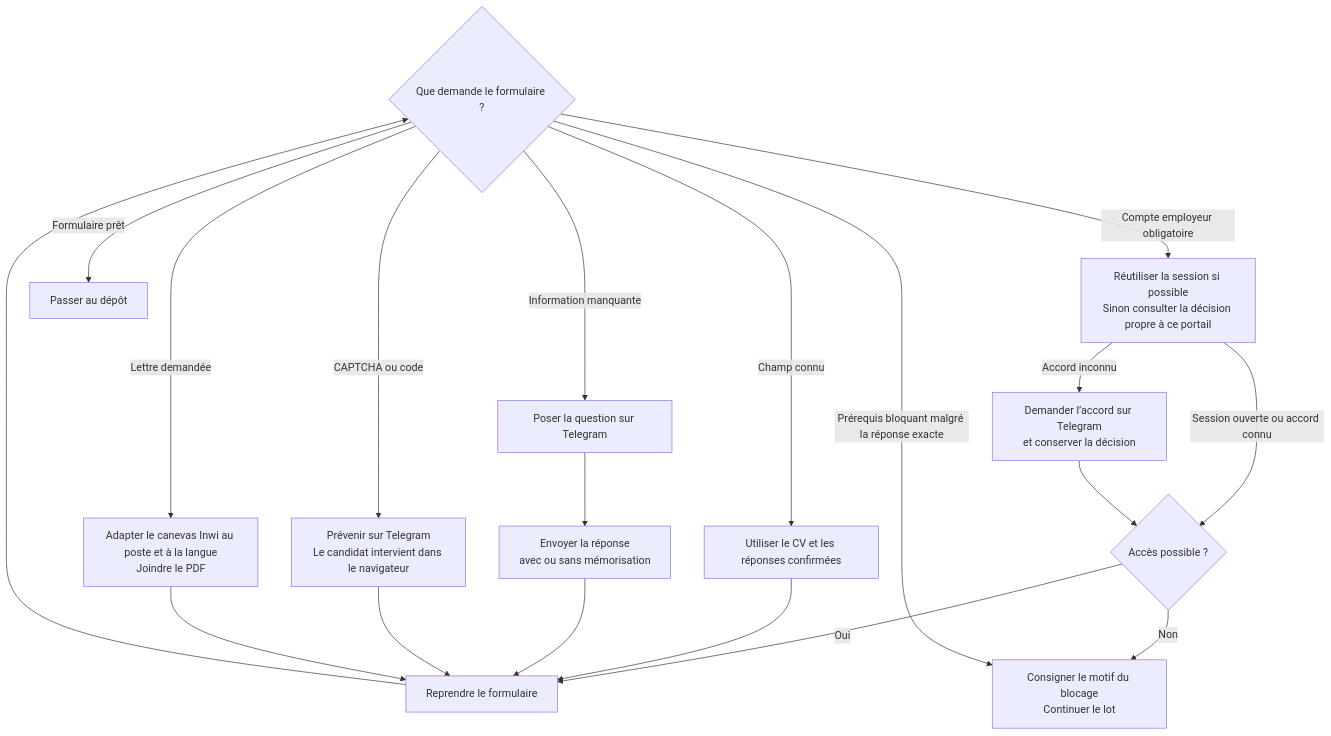
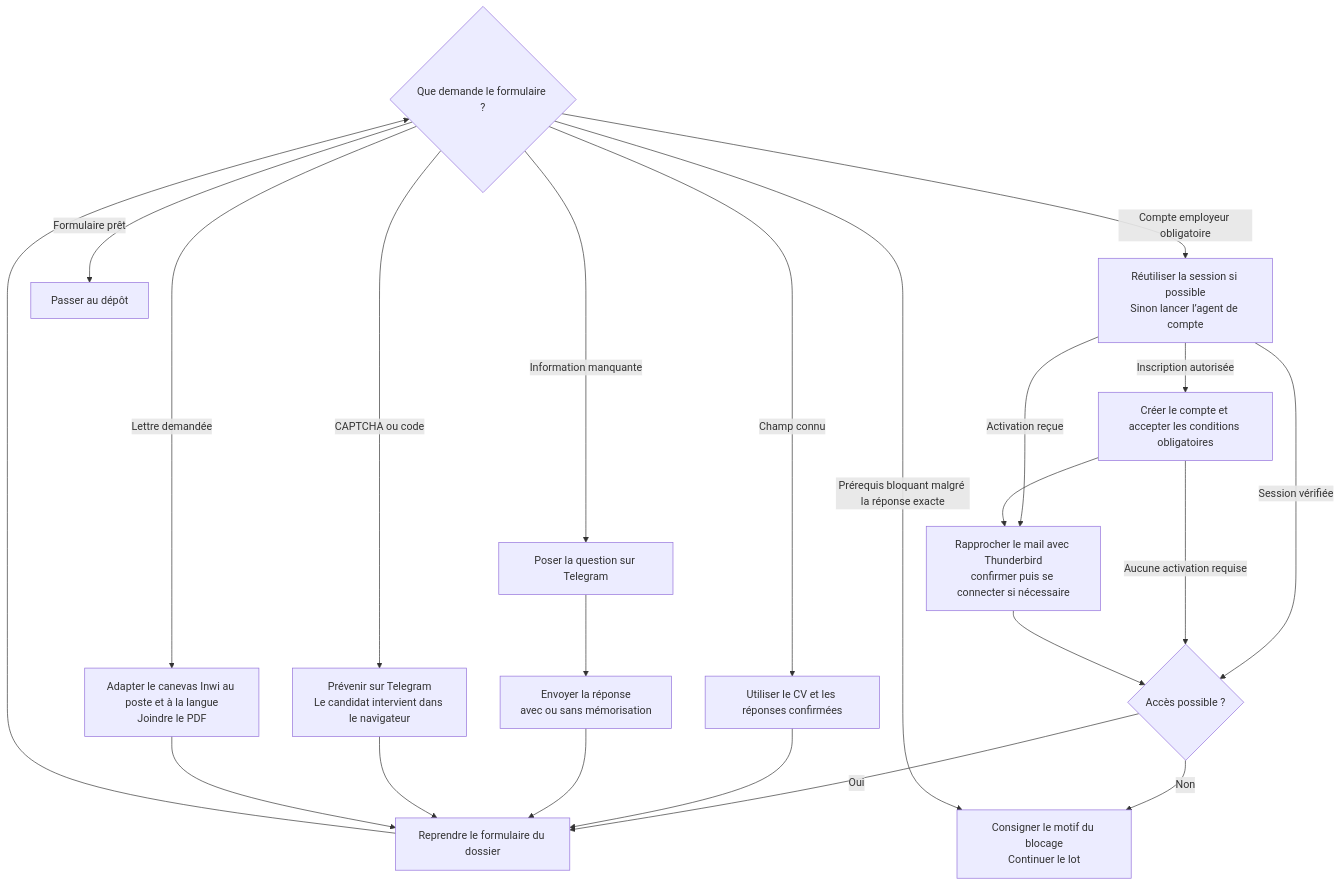
Before and after one commit to naoufelchahid/linkedin: the second of 3 diagrams in jobs/graphe2/docs/graphe-soumission.md, drawn with Mermaid. The commit also changed other lines of this file and 45 other files, not shown here.

Commit message:
Ajouter l’agent de compte et renforcer le graphe 2

````diff
--- a/jobs/graphe2/docs/graphe-soumission.md
+++ b/jobs/graphe2/docs/graphe-soumission.md
@@ -21,22 +21,25 @@
 ```mermaid
 flowchart TD
     A{"Que demande le formulaire ?"}
     A -->|Champ connu| B["Utiliser le CV et les réponses confirmées"]
     A -->|Information manquante| C["Poser la question sur Telegram"]
     C --> D["Envoyer la réponse<br/>avec ou sans mémorisation"]
-    A -->|Compte employeur obligatoire| E["Réutiliser la session si possible<br/>Sinon consulter la décision propre à ce portail"]
-    E -->|Accord inconnu| F["Demander l’accord sur Telegram<br/>et conserver la décision"]
-    E -->|Session ouverte ou accord connu| G{"Accès possible ?"}
-    F --> G
-    G -->|Oui| R["Reprendre le formulaire"]
+    A -->|Compte employeur obligatoire| E["Réutiliser la session si possible<br/>Sinon lancer l’agent de compte"]
+    E -->|Inscription autorisée| F["Créer le compte et accepter les conditions obligatoires"]
+    E -->|Activation reçue| V["Rapprocher le mail avec Thunderbird<br/>confirmer puis se connecter si nécessaire"]
+    E -->|Session vérifiée| G{"Accès possible ?"}
+    F --> V
+    F -->|Aucune activation requise| G
+    V --> G
+    G -->|Oui| R["Reprendre le formulaire du dossier"]
     G -->|Non| X["Consigner le motif du blocage<br/>Continuer le lot"]
     A -->|CAPTCHA ou code| H["Prévenir sur Telegram<br/>Le candidat intervient dans le navigateur"]
     A -->|Lettre demandée| I["Adapter le canevas Inwi au poste et à la langue<br/>Joindre le PDF"]
     A -->|Prérequis bloquant malgré la réponse exacte| X
     B --> R
     D --> R
     H --> R
     I --> R
     R --> A
     A -->|Formulaire prêt| S["Passer au dépôt"]
 ```
````
